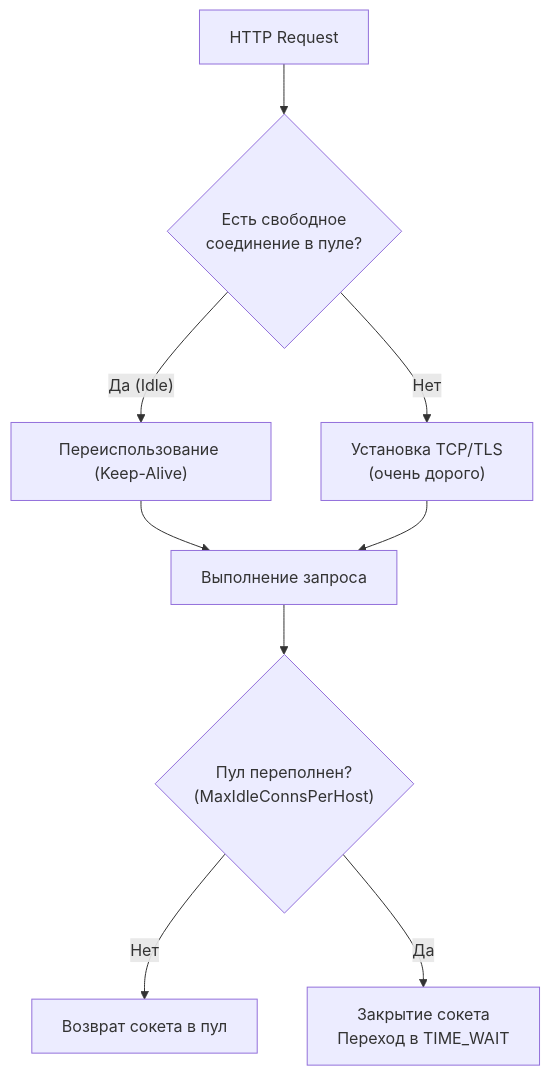
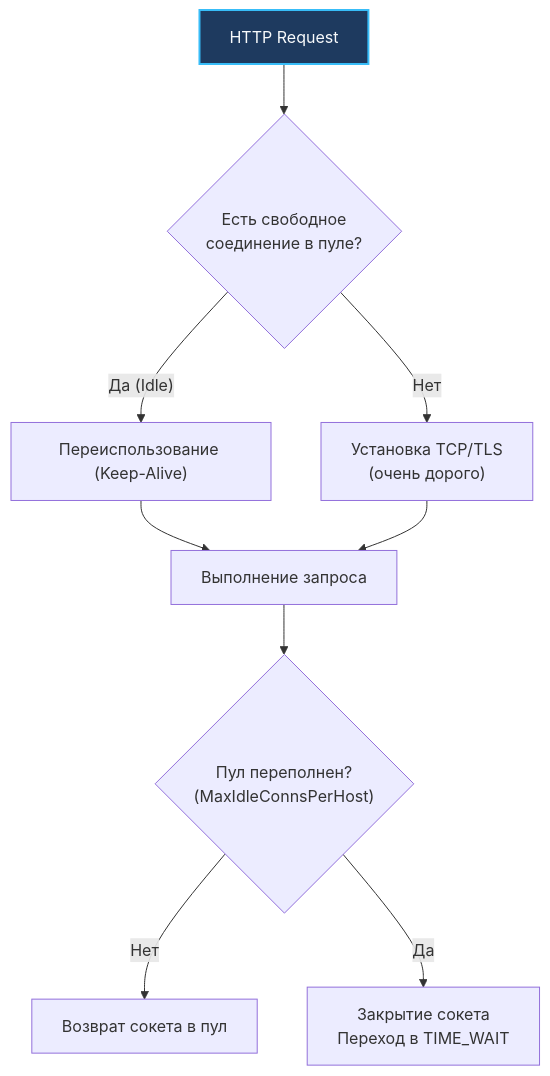
Before and after one commit to UnrealTemplier/go-textbook: the diagram in sources/15. Тестирование в Go (QA & Testing)/09. Производительность/4. Load testing.md, drawn with Mermaid. The commit also changed 1666 other files, not shown here.

First line of the commit message:
feat(mermaid): add semantic color classDef to 1369 colorless flowchart/graph diagrams

````diff
--- a/sources/15. Тестирование в Go (QA & Testing)/09. Производительность/4. Load testing.md
+++ b/sources/15. Тестирование в Go (QA & Testing)/09. Производительность/4. Load testing.md
@@ -152,11 +152,21 @@
 ```mermaid
 flowchart TD
-    A["HTTP Request"] --> B{"Есть свободное<br>соединение в пуле?"}
+    classDef process  fill:#1e293b,stroke:#38bdf8,stroke-width:1px,color:#f8fafc
+    classDef success  fill:#064e3b,stroke:#34d399,stroke-width:1px,color:#f8fafc
+    classDef error    fill:#7f1d1d,stroke:#f87171,stroke-width:1px,color:#f8fafc
+    classDef warning  fill:#78350f,stroke:#fbbf24,stroke-width:1px,color:#f8fafc
+    classDef entry    fill:#1e3a5f,stroke:#38bdf8,stroke-width:2px,color:#f8fafc
+    classDef aux      fill:#334155,stroke:#64748b,stroke-width:1px,color:#f8fafc
+    classDef system   fill:#312e81,stroke:#a78bfa,stroke-width:1px,color:#f8fafc
+    classDef data     fill:#132d29,stroke:#2dd4bf,stroke-width:1px,color:#f8fafc
+    classDef network  fill:#881337,stroke:#fb7185,stroke-width:1px,color:#f8fafc
+    classDef accent   fill:#1e1b4b,stroke:#818cf8,stroke-width:1px,color:#f8fafc
+    A["HTTP Request"]:::entry --> B{"Есть свободное<br>соединение в пуле?"}
     B -->|"Да (Idle)"| C["Переиспользование (Keep-Alive)"]
     B -->|"Нет"| D["Установка TCP/TLS<br>(очень дорого)"]
     C --> E["Выполнение запроса"]
     D --> E
     E --> F{"Пул переполнен?<br>(MaxIdleConnsPerHost)"}
     F -->|"Нет"| G["Возврат сокета в пул"]
     F -->|"Да"| H["Закрытие сокета<br>Переход в TIME_WAIT"]
 ```
````
